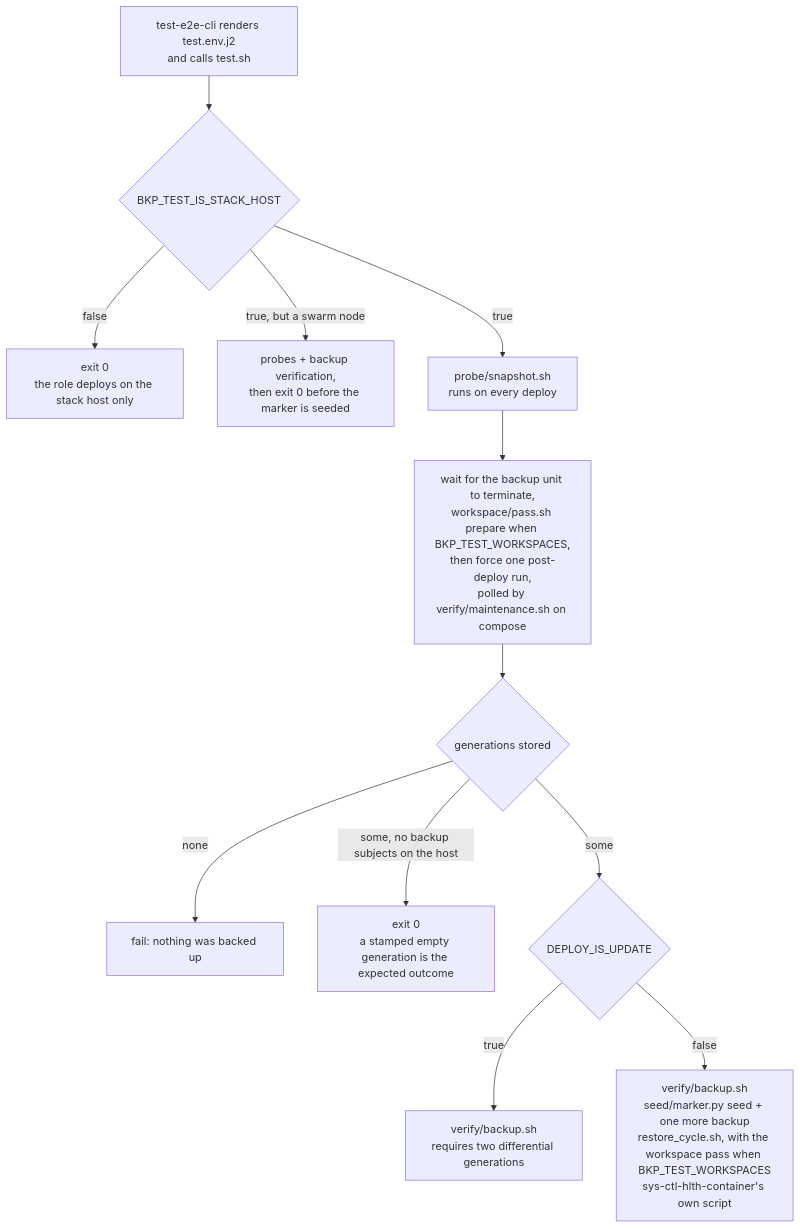
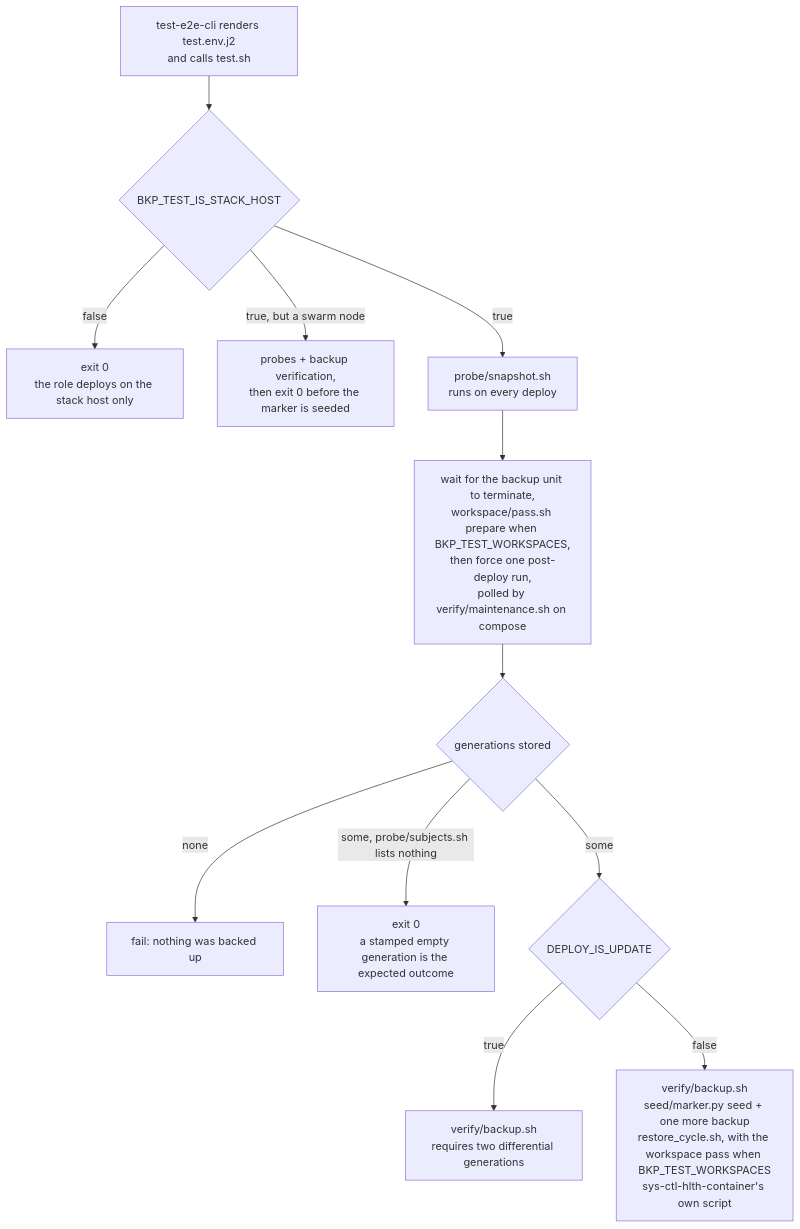
One commit to infinito-nexus/core changed the first of 5 diagrams in roles/svc-bkp-volume-2-local/files/test/README.md. Above: the diagram before and after it, drawn with Mermaid. The commit also changed other lines of this file and 4 other files, not shown here.

````diff
--- a/roles/svc-bkp-volume-2-local/files/test/README.md
+++ b/roles/svc-bkp-volume-2-local/files/test/README.md
@@ -14,14 +14,14 @@
 ```mermaid
 flowchart TD
     ENV["test-e2e-cli renders test.env.j2<br>and calls test.sh"] --> HOST{"BKP_TEST_IS_STACK_HOST"}
     HOST -->|false| SKIP["exit 0<br>the role deploys on the stack host only"]
     HOST -->|"true, but a swarm node"| SWARMSKIP["probes + backup verification,<br>then exit 0 before the marker is seeded"]
     HOST -->|true| PROBE["probe/snapshot.sh<br>runs on every deploy"]
     PROBE --> WAIT["wait for the backup unit to terminate,<br>workspace/pass.sh prepare when BKP_TEST_WORKSPACES,<br>then force one post-deploy run,<br>polled by verify/maintenance.sh on compose"]
     WAIT --> COUNT{"generations stored"}
     COUNT -->|none| FAIL["fail: nothing was backed up"]
-    COUNT -->|"some, no backup subjects on the host"| EMPTY["exit 0<br>a stamped empty generation is the expected outcome"]
+    COUNT -->|"some, probe/subjects.sh lists nothing"| EMPTY["exit 0<br>a stamped empty generation is the expected outcome"]
     COUNT -->|some| PASS{"DEPLOY_IS_UPDATE"}
     PASS -->|true| UPDATE["verify/backup.sh<br>requires two differential generations"]
     PASS -->|false| FIRST["verify/backup.sh<br>seed/marker.py seed + one more backup<br>restore_cycle.sh, with the workspace pass when BKP_TEST_WORKSPACES<br>sys-ctl-hlth-container's own script"]
 ```
````
